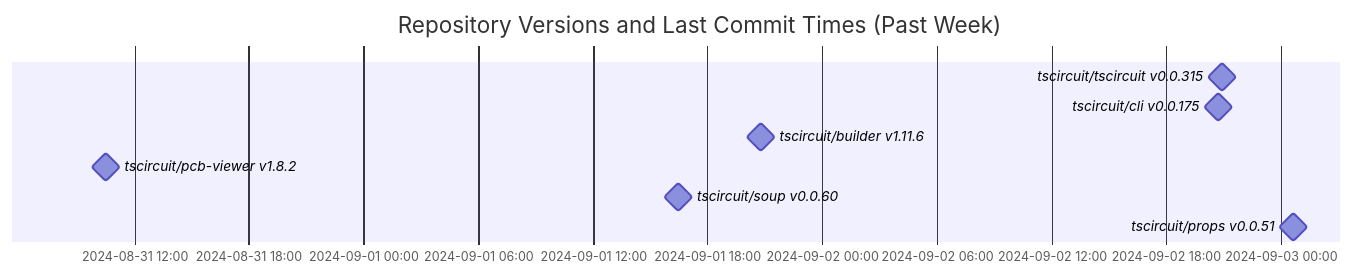
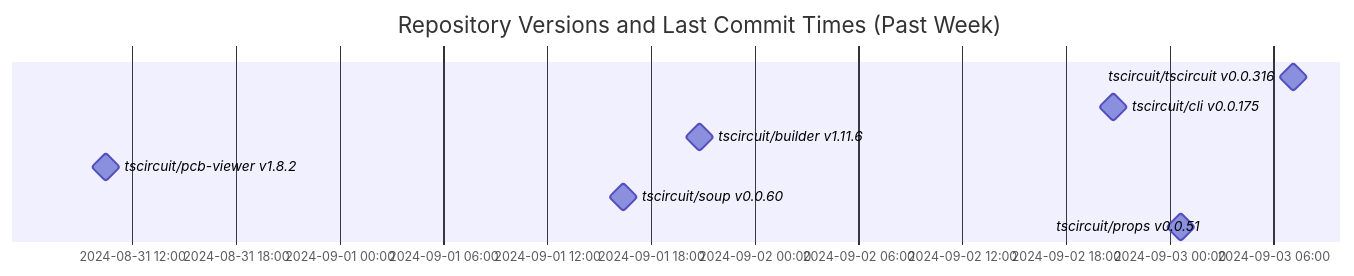
One commit to tscircuit/version-tracker changed the diagram in README.md. Above: the diagram before and after it, drawn with Mermaid.

Commit message:
Update chart

````diff
--- a/README.md
+++ b/README.md
@@ -1,13 +1,13 @@
 ```mermaid
 gantt
   dateFormat  YYYY-MM-DD HH:mm:ss
   title Repository Versions and Last Commit Times (Past Week)
   axisFormat %Y-%m-%d %H:%M
 
-  tscircuit/tscircuit v0.0.315 : milestone, 2024-09-02 20:56:47, 1s
+  tscircuit/tscircuit v0.0.316 : milestone, 2024-09-03 07:07:11, 1s
   tscircuit/cli v0.0.175 : milestone, 2024-09-02 20:42:15, 1s
   tscircuit/builder v1.11.6 : milestone, 2024-09-01 20:47:46, 1s
   tscircuit/pcb-viewer v1.8.2 : milestone, 2024-08-31 10:30:56, 1s
   tscircuit/soup v0.0.60 : milestone, 2024-09-01 16:26:30, 1s
   tscircuit/props v0.0.51 : milestone, 2024-09-03 00:38:45, 1s
 ```
````
